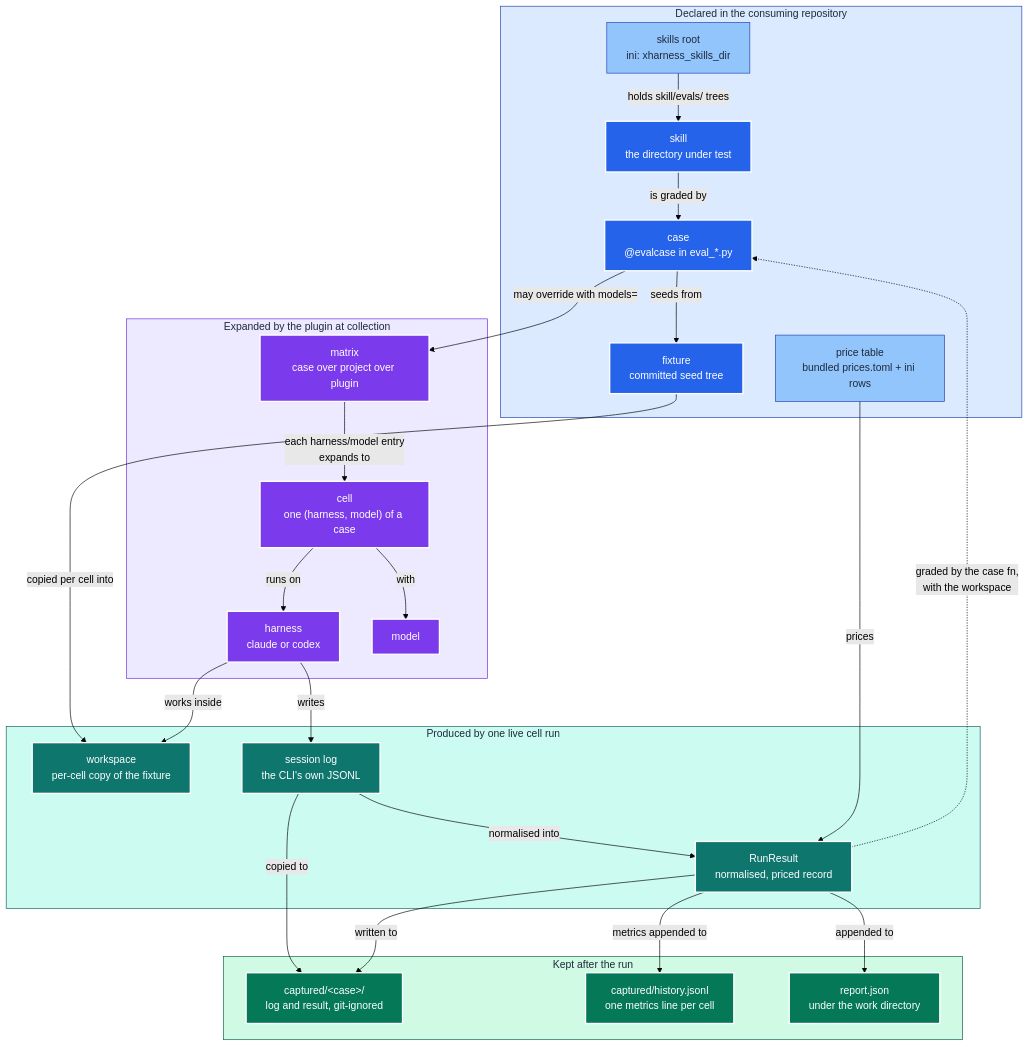
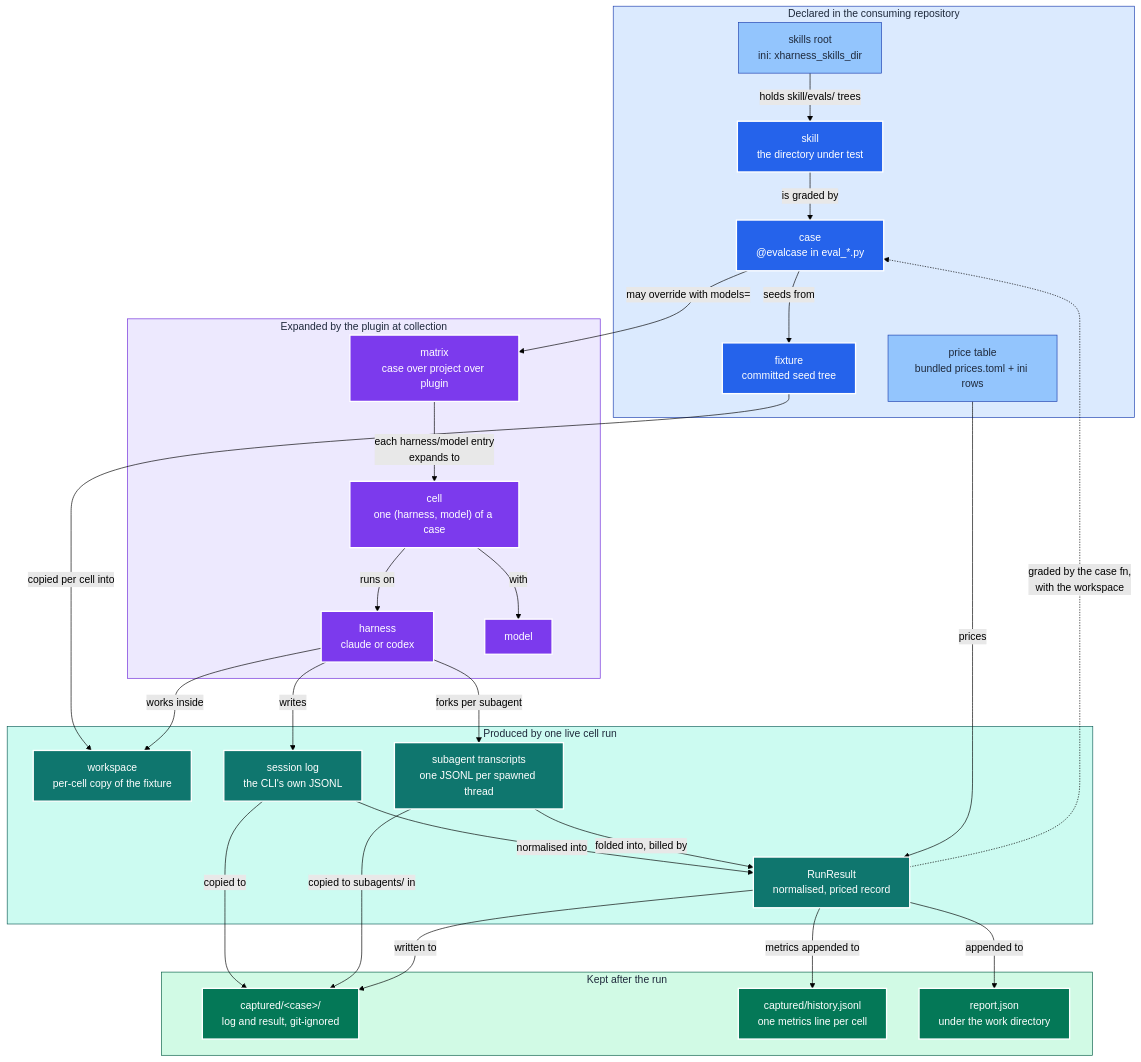
Before and after one commit to neozenith/pytest-xharness-eval: the third of 3 diagrams in ARCHITECTURE.md, drawn with Mermaid (forest theme). The commit also changed other lines of this file and 124 other files, not shown here.

First line of the commit message:
Subagent capture and billing, harness-class refactor, and the report's subagent view (ADRs 0033–0034)

````diff
--- a/ARCHITECTURE.md
+++ b/ARCHITECTURE.md
@@ -199,61 +208,65 @@
 ```mermaid
 flowchart TB
     subgraph declared["Declared in the consuming repository"]
         ROOT["skills root<br/>ini: xharness_skills_dir"]:::cfg
         SKILL["skill<br/>the directory under test"]:::declare
         CASE["case<br/>@evalcase in eval_*.py"]:::declare
         FIX["fixture<br/>committed seed tree"]:::declare
         PRICES["price table<br/>bundled prices.toml + ini rows"]:::cfg
     end
 
     subgraph expanded["Expanded by the plugin at collection"]
         MATRIX["matrix<br/>case over project over plugin"]:::plan
         CELL["cell<br/>one (harness, model) of a case"]:::plan
         HARNESS["harness<br/>claude or codex"]:::plan
         MODEL["model"]:::plan
     end
 
     subgraph produced["Produced by one live cell run"]
         WS["workspace<br/>per-cell copy of the fixture"]:::data
         LOG["session log<br/>the CLI's own JSONL"]:::data
+        SUB["subagent transcripts<br/>one JSONL per spawned thread"]:::data
         RR["RunResult<br/>normalised, priced record"]:::data
     end
 
     subgraph kept["Kept after the run"]
         CAP["captured/&lt;case&gt;/<br/>log and result, git-ignored"]:::out
         HIST["captured/history.jsonl<br/>one metrics line per cell"]:::out
         REP["report.json<br/>under the work directory"]:::out
     end
 
     ROOT -->|"holds skill/evals/ trees"| SKILL
     SKILL -->|"is graded by"| CASE
     CASE -->|"seeds from"| FIX
     CASE -->|"may override with models="| MATRIX
     MATRIX -->|"each harness/model entry<br/>expands to"| CELL
     CELL -->|"runs on"| HARNESS
     CELL -->|"with"| MODEL
     FIX -->|"copied per cell into"| WS
     HARNESS -->|"works inside"| WS
     HARNESS -->|"writes"| LOG
+    HARNESS -->|"forks per subagent"| SUB
     LOG -->|"normalised into"| RR
+    SUB -->|"folded into, billed by"| RR
     PRICES -->|"prices"| RR
     RR -.->|"graded by the case fn,<br/>with the workspace"| CASE
     LOG -->|"copied to"| CAP
+    SUB -->|"copied to subagents/ in"| CAP
     RR -->|"written to"| CAP
     RR -->|"metrics appended to"| HIST
     RR -->|"appended to"| REP
 
     classDef declare fill:#2563eb,stroke:#fff,color:#fff,stroke-width:2px
     classDef cfg     fill:#93c5fd,stroke:#1e40af,color:#1e293b,stroke-width:1px
     classDef plan    fill:#7c3aed,stroke:#fff,color:#fff,stroke-width:2px
     classDef data    fill:#0f766e,stroke:#fff,color:#fff,stroke-width:2px
     classDef out     fill:#047857,stroke:#fff,color:#fff,stroke-width:2px
     classDef sgDeclare  fill:#dbeafe,stroke:#1e40af,color:#1e293b
     classDef sgExpand   fill:#ede9fe,stroke:#6d28d9,color:#1e293b
     classDef sgProduced fill:#ccfbf1,stroke:#115e59,color:#1e293b
     classDef sgKept     fill:#d1fae5,stroke:#065f46,color:#1e293b
     class declared sgDeclare
     class expanded sgExpand
     class produced sgProduced
     class kept sgKept
 ```
````
